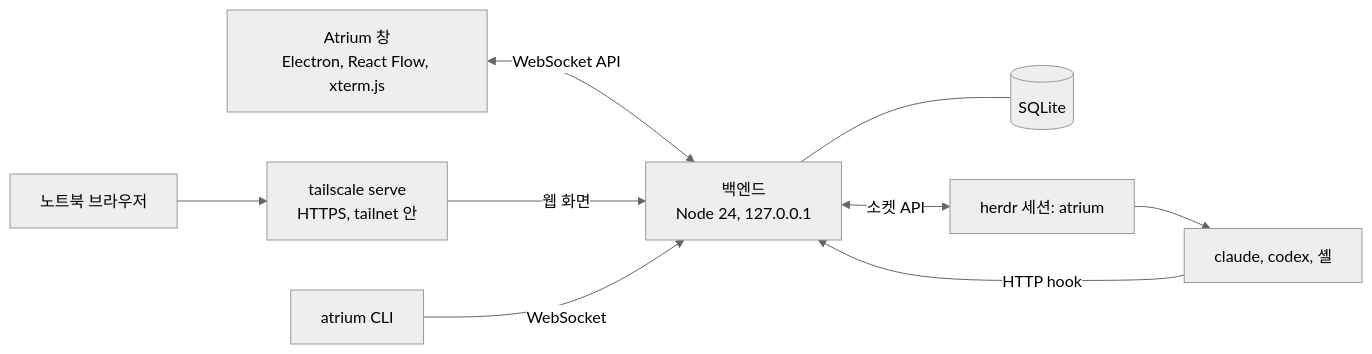
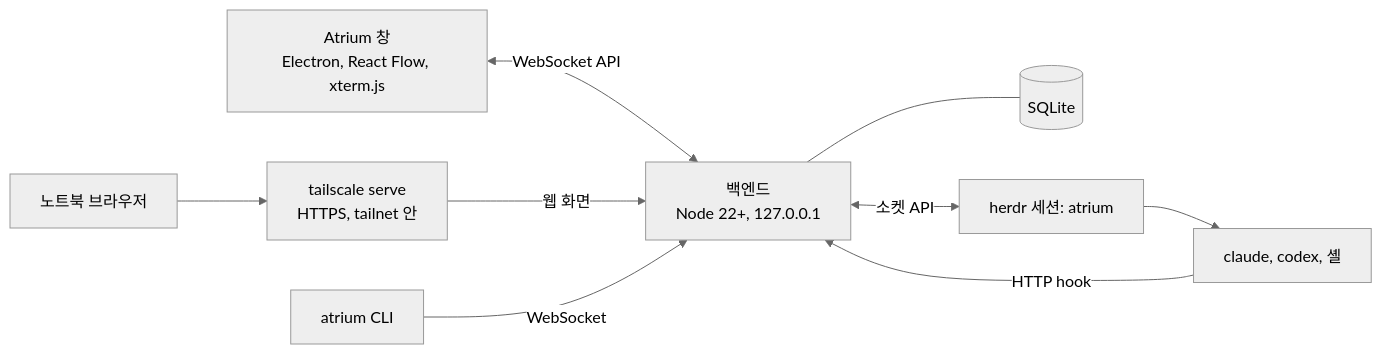
The diagram in README.ko.md (Gudals0320/atrium), drawn with Mermaid (neutral theme) before and after one commit. The commit also changed other lines of this file and 9 other files, not shown here.

````diff
--- a/README.ko.md
+++ b/README.ko.md
@@ -198,18 +198,18 @@
 ```mermaid
 flowchart LR
   UI["Atrium 창<br/>Electron, React Flow, xterm.js"]
   WEB["노트북 브라우저"]
   TS["tailscale serve<br/>HTTPS, tailnet 안"]
   CLI["atrium CLI"]
-  B["백엔드<br/>Node 24, 127.0.0.1"]
+  B["백엔드<br/>Node 22+, 127.0.0.1"]
   DB[("SQLite")]
   H["herdr 세션: atrium"]
   A["claude, codex, 셸"]
   UI <-->|WebSocket API| B
   WEB --> TS -->|웹 화면| B
   CLI -->|WebSocket| B
   B <-->|소켓 API| H
   H --> A
   A -->|HTTP hook| B
   B --- DB
 ```
````
